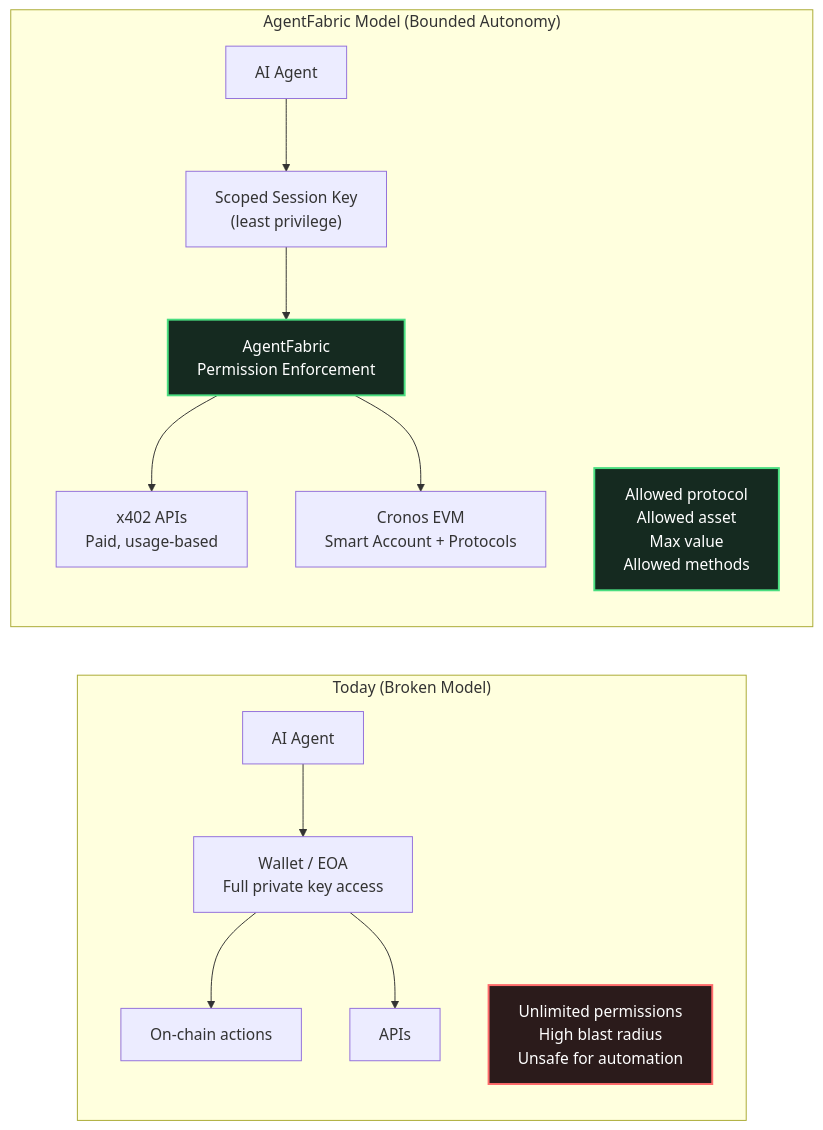
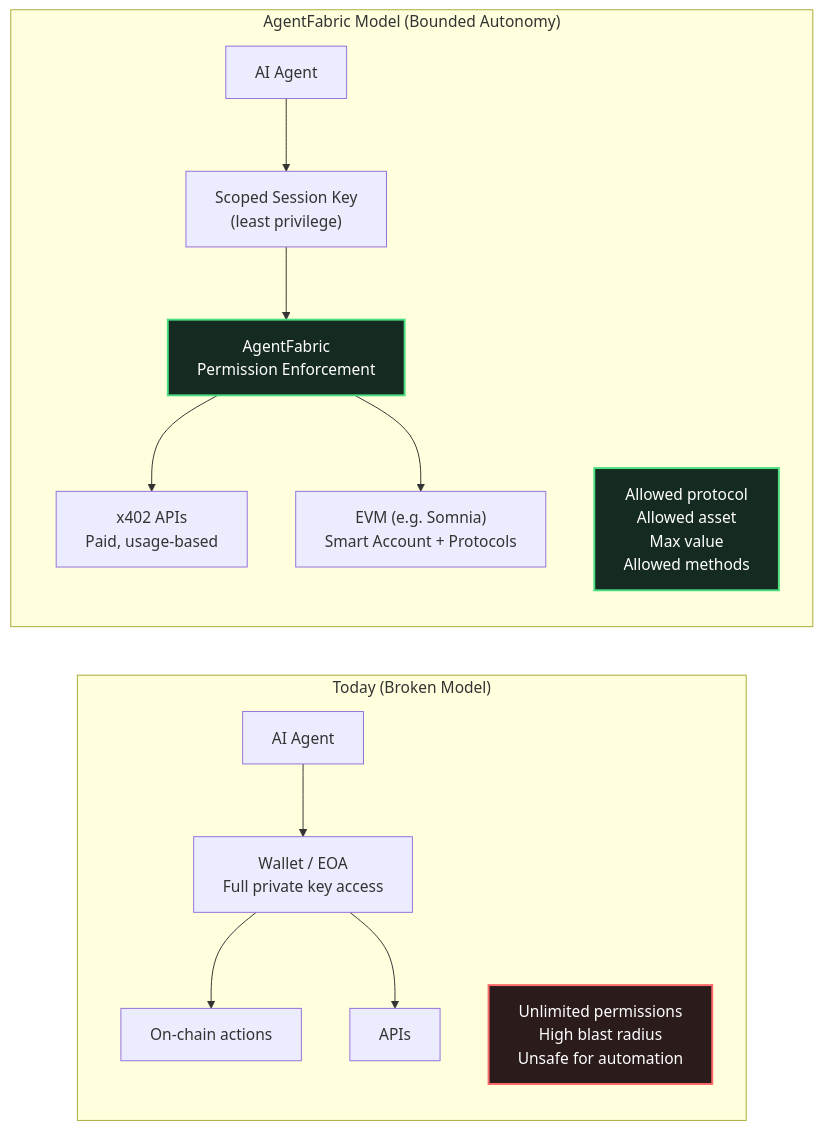
The first of 4 diagrams in README.md (hoepeyemi/bonzo), drawn with Mermaid before and after one commit. The commit also changed other lines of this file and 70 other files, not shown here.

````diff
--- a/README.md
+++ b/README.md
@@ -39,21 +39,21 @@
 ```mermaid
 flowchart LR
   subgraph TODAY["Today (Broken Model)"]
     A1["AI Agent"] --> W1["Wallet / EOA\nFull private key access"]
     W1 --> X1["On-chain actions"]
     W1 --> Y1["APIs"]
     NOTE1["Unlimited permissions\nHigh blast radius\nUnsafe for automation"]:::warn
   end
 
   subgraph AF["AgentFabric Model (Bounded Autonomy)"]
     A2["AI Agent"] --> S2["Scoped Session Key\n(least privilege)"]
     S2 --> F2["AgentFabric\nPermission Enforcement"]:::good
     F2 --> API2["x402 APIs\nPaid, usage-based"]
-    F2 --> C2["Cronos EVM\nSmart Account + Protocols"]
+    F2 --> C2["EVM (e.g. Somnia)\nSmart Account + Protocols"]
     P2["Allowed protocol\nAllowed asset\nMax value\nAllowed methods"]:::good
   end
 
   classDef warn fill:#2b1b1b,stroke:#ff6b6b,stroke-width:2px,color:#ffffff;
   classDef good fill:#152a20,stroke:#4ade80,stroke-width:2px,color:#ffffff;
 
 ```
````
